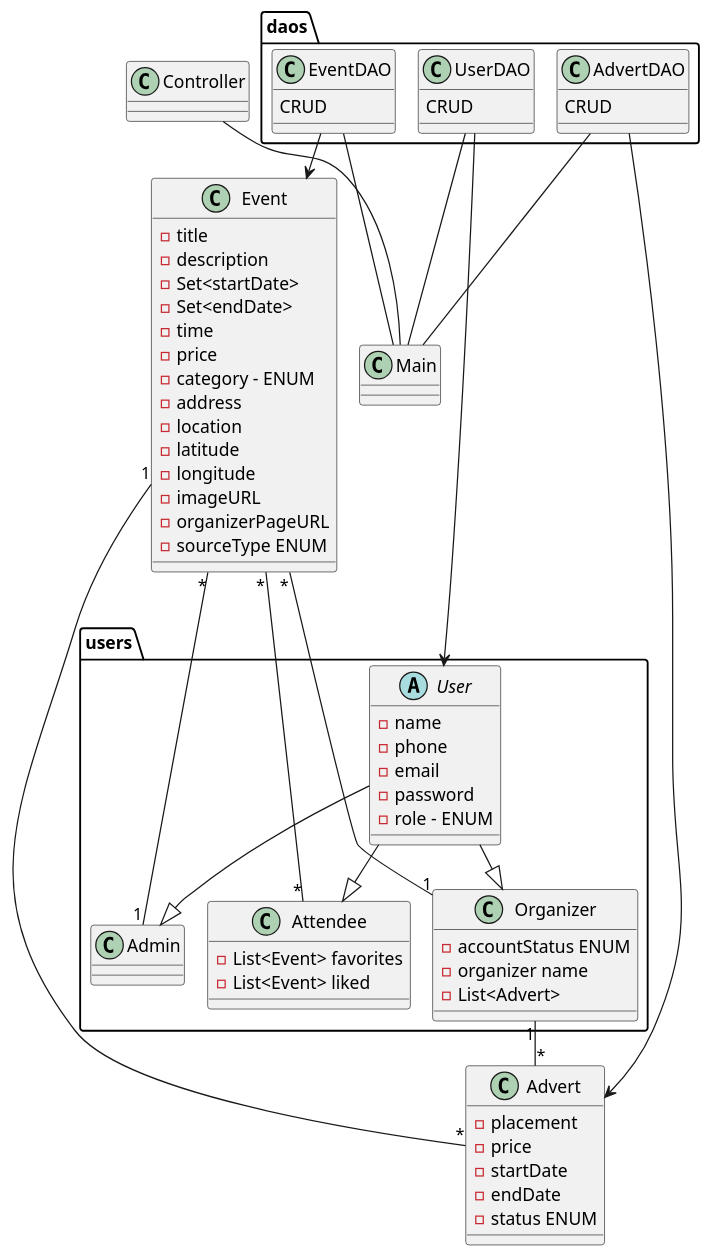
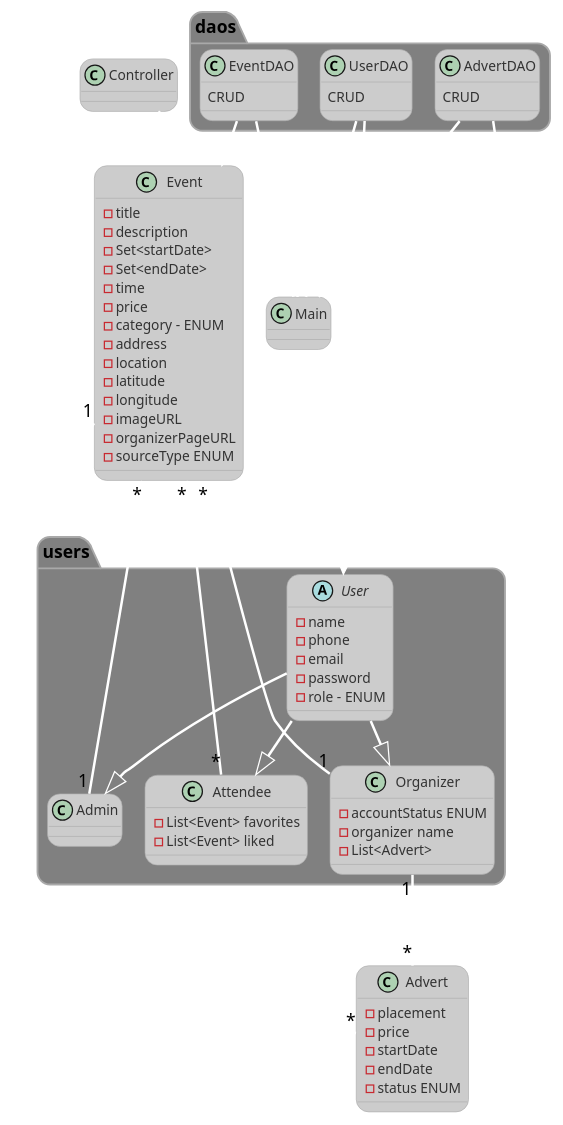
Before and after one commit to Tajan92/seeCphBackendAPI: the diagram in docs/classDiagram.puml, drawn with PlantUML. The commit also changed 4 other files, not shown here.

```diff
--- a/docs/classDiagram.puml
+++ b/docs/classDiagram.puml
@@ -1,83 +1,93 @@
 @startuml
 !pragma layout smetana
-
+!theme reddress-lightblue
+skinparam backgroundColor none
+skinparam ArrowColor white
+skinparam ArrowThickness 2
+skinparam roundcorner 20
+skinparam ArrowFontColor black
+skinparam ArrowFontSize 14
+skinparam package {
+BackgroundColor grey
+BorderColor darkgrey
+}
 
 'https://plantuml.com/class-diagram
 class Main{}
 
 package users{
 abstract class User{
 - name
 - phone
 - email
 - password
 - role - ENUM
 }
 class Admin{}
 class Attendee{
 - List<Event> favorites
 - List<Event> liked
 }
 class Organizer{
 - accountStatus ENUM
 - organizer name
 - List<Advert>
 }
 }
 
 User --|> Organizer
 User --|> Admin
 User --|> Attendee
 
 class Event {
 - title
 - description
 - Set<startDate>
 - Set<endDate>
 - time
 - price
 - category - ENUM
 - address
 - location
 - latitude
 - longitude
 - imageURL
 - organizerPageURL
 - sourceType ENUM
 }
 
 Event "*"----"*" Attendee
 Event "*"--"1" Admin
 Event "*"--"1" Organizer
 Event "1"--"*" Advert
 
 class Advert{
 - placement
 - price
 - startDate
 - endDate
 - status ENUM
 }
-Organizer "1" -- "*" Advert
+Organizer "1" --- "*" Advert
 class Controller{}
 Controller -- Main
 package daos{
 class EventDAO{
 CRUD
 }
 EventDAO --> Event
 EventDAO -- Main
 
 class UserDAO{
 CRUD
 }
 UserDAO --> User
 UserDAO -- Main
 
 class AdvertDAO{
 CRUD
 }
 AdvertDAO --> Advert
 AdvertDAO -- Main
 }
 @enduml
```
